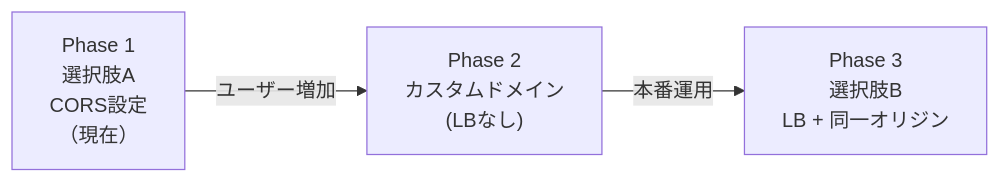
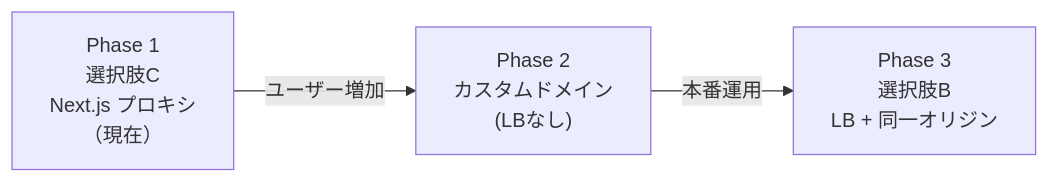
Before and after one commit to kazuki1023/majiang-ai-beta: the sixth of 6 diagrams in docs/cors-strategy.md, drawn with Mermaid. The commit also changed other lines of this file, not shown here.

````diff
--- a/docs/cors-strategy.md
+++ b/docs/cors-strategy.md
@@ -228,5 +232,5 @@
 ```mermaid
 flowchart LR
-    A["Phase 1<br/>選択肢A<br/>CORS設定<br/>（現在）"] -->|"ユーザー増加"| B["Phase 2<br/>カスタムドメイン<br/>(LBなし)"]
-    B -->|"本番運用"| C["Phase 3<br/>選択肢B<br/>LB + 同一オリジン"]
+    C["Phase 1<br/>選択肢C<br/>Next.js プロキシ<br/>（現在）"] -->|"ユーザー増加"| B["Phase 2<br/>カスタムドメイン<br/>(LBなし)"]
+    B -->|"本番運用"| LB["Phase 3<br/>選択肢B<br/>LB + 同一オリジン"]
 ```
````
